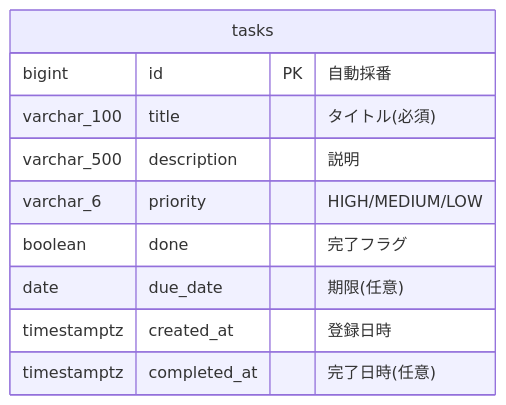
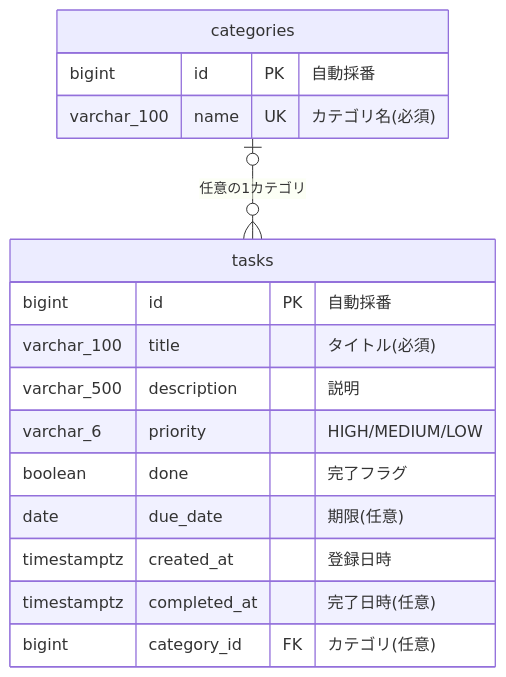
One commit to jt-yamaguchi/my-training-task-copilot changed the diagram in docs/design/task/03_基本設計.md. Above: the diagram before and after it, drawn with Mermaid. The commit also changed other lines of this file and 28 other files, not shown here.

````diff
--- a/docs/design/task/03_基本設計.md
+++ b/docs/design/task/03_基本設計.md
@@ -65,13 +77,19 @@
 ```mermaid
 erDiagram
+    categories |o--o{ tasks : "任意の1カテゴリ"
+    categories {
+        bigint id PK "自動採番"
+        varchar_100 name UK "カテゴリ名(必須)"
+    }
     tasks {
         bigint id PK "自動採番"
         varchar_100 title "タイトル(必須)"
         varchar_500 description "説明"
         varchar_6 priority "HIGH/MEDIUM/LOW"
         boolean done "完了フラグ"
         date due_date "期限(任意)"
         timestamptz created_at "登録日時"
         timestamptz completed_at "完了日時(任意)"
+        bigint category_id FK "カテゴリ(任意)"
     }
 ```
````
